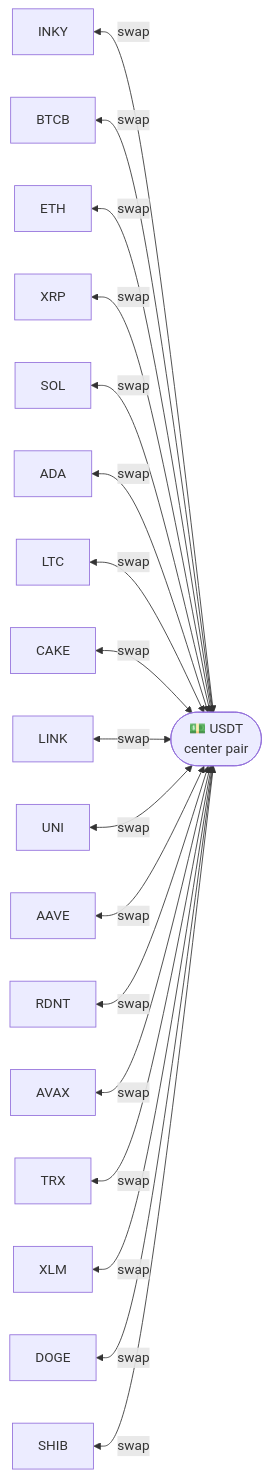
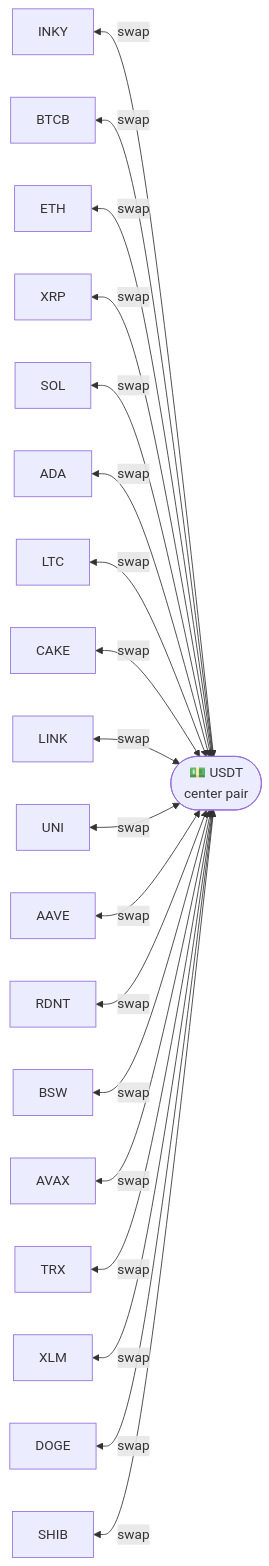
One commit to patrick-rayner/documentationai-Docs changed the first of 2 diagrams in features/swap.mdx. Above: the diagram before and after it, drawn with Mermaid. The commit also changed other lines of this file and 5 other files, not shown here.

````diff
--- a/features/swap.mdx
+++ b/features/swap.mdx
@@ -44,20 +44,21 @@
 ```mermaid
 graph LR
     INKY["INKY"] <-->|"swap"| USDT(["💵 USDT\ncenter pair"])
     BTCB["BTCB"] <-->|"swap"| USDT
     ETH["ETH"] <-->|"swap"| USDT
     XRP["XRP"] <-->|"swap"| USDT
     SOL["SOL"] <-->|"swap"| USDT
     ADA["ADA"] <-->|"swap"| USDT
     LTC["LTC"] <-->|"swap"| USDT
     CAKE["CAKE"] <-->|"swap"| USDT
     LINK["LINK"] <-->|"swap"| USDT
     UNI["UNI"] <-->|"swap"| USDT
     AAVE["AAVE"] <-->|"swap"| USDT
     RDNT["RDNT"] <-->|"swap"| USDT
+    BSW["BSW"] <-->|"swap"| USDT
     AVAX["AVAX"] <-->|"swap"| USDT
     TRX["TRX"] <-->|"swap"| USDT
     XLM["XLM"] <-->|"swap"| USDT
     DOGE["DOGE"] <-->|"swap"| USDT
     SHIB["SHIB"] <-->|"swap"| USDT
 ```
````
